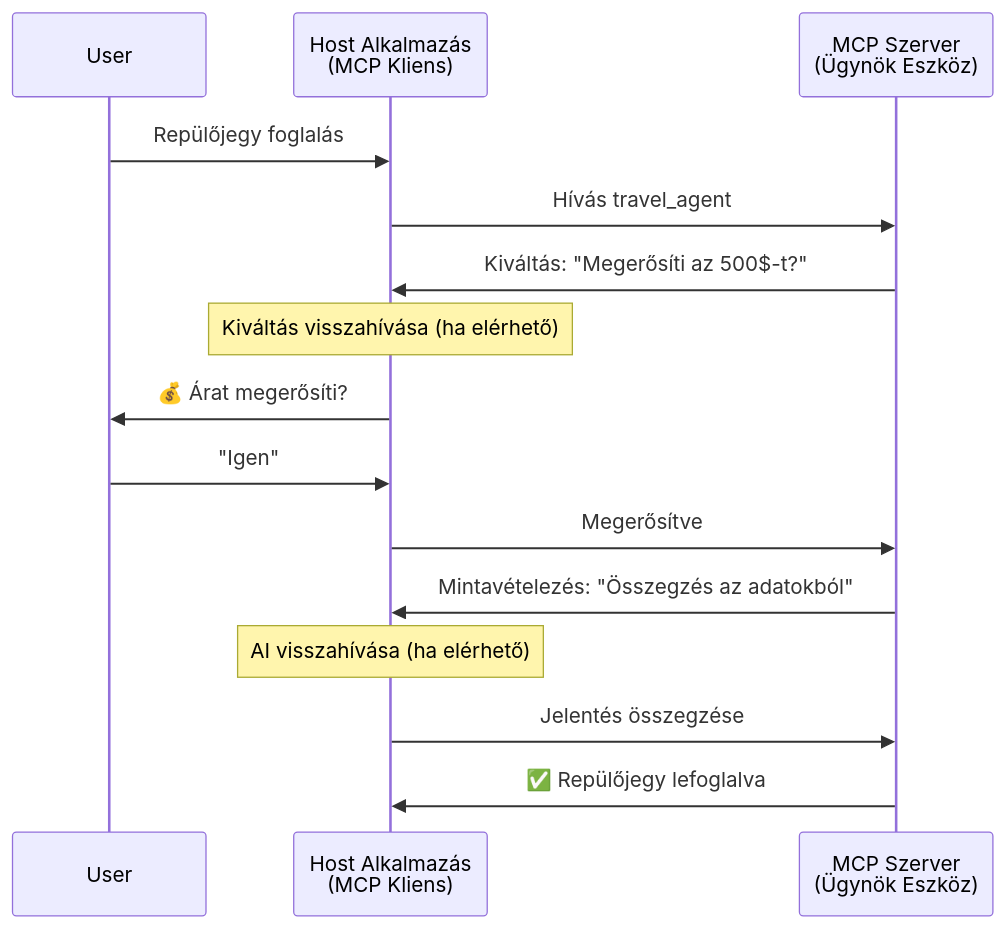
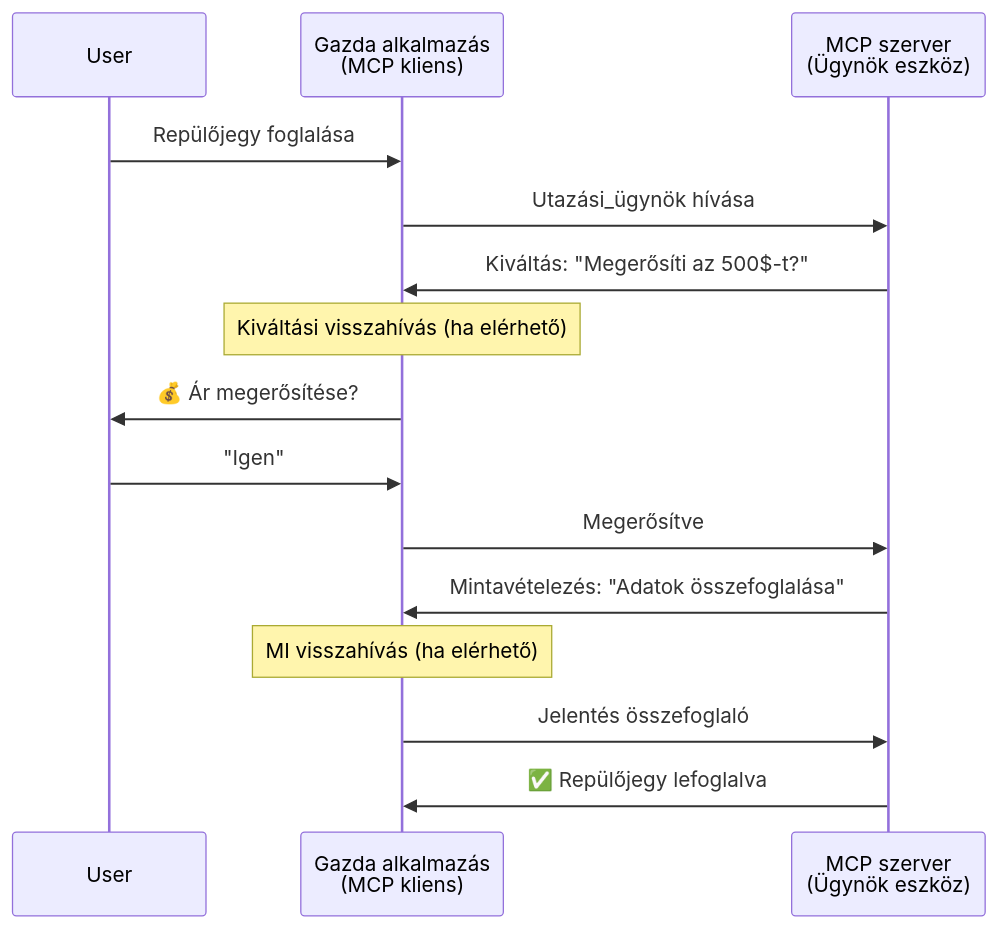
One commit to gabrielmoreira/agent-skills-mirror changed the fourth of 5 diagrams in mirrors/repos/microsoft@ai-agents-for-beginners/translations/hu/11-agentic-protocols/code_samples/mcp-agents/README.md. Above: the diagram before and after it, drawn with Mermaid. The commit also changed other lines of this file and 4262 other files, not shown here.

````diff
--- a/mirrors/repos/microsoft@ai-agents-for-beginners/translations/hu/11-agentic-protocols/code_samples/mcp-agents/README.md
+++ b/mirrors/repos/microsoft@ai-agents-for-beginners/translations/hu/11-agentic-protocols/code_samples/mcp-agents/README.md
@@ -163,21 +163,21 @@
 ```mermaid
 sequenceDiagram
     participant User
-    participant Host as Host Alkalmazás<br/>(MCP Kliens)
-    participant Server as MCP Szerver<br/>(Ügynök Eszköz)
+    participant Host as Gazda alkalmazás<br/>(MCP kliens)
+    participant Server as MCP szerver<br/>(Ügynök eszköz)
 
-    User->>Host: Repülőjegy foglalás
-    Host->>Server: Hívás travel_agent
+    User->>Host: Repülőjegy foglalása
+    Host->>Server: Utazási_ügynök hívása
 
     Server->>Host: Kiváltás: "Megerősíti az 500$-t?"
-    Note over Host: Kiváltás visszahívása (ha elérhető)
-    Host->>User: 💰 Árat megerősíti?
+    Note over Host: Kiváltási visszahívás (ha elérhető)
+    Host->>User: 💰 Ár megerősítése?
     User->>Host: "Igen"
     Host->>Server: Megerősítve
 
-    Server->>Host: Mintavételezés: "Összegzés az adatokból"
-    Note over Host: AI visszahívása (ha elérhető)
-    Host->>Server: Jelentés összegzése
+    Server->>Host: Mintavételezés: "Adatok összefoglalása"
+    Note over Host: MI visszahívás (ha elérhető)
+    Host->>Server: Jelentés összefoglaló
 
     Server->>Host: ✅ Repülőjegy lefoglalva
 ```
````
